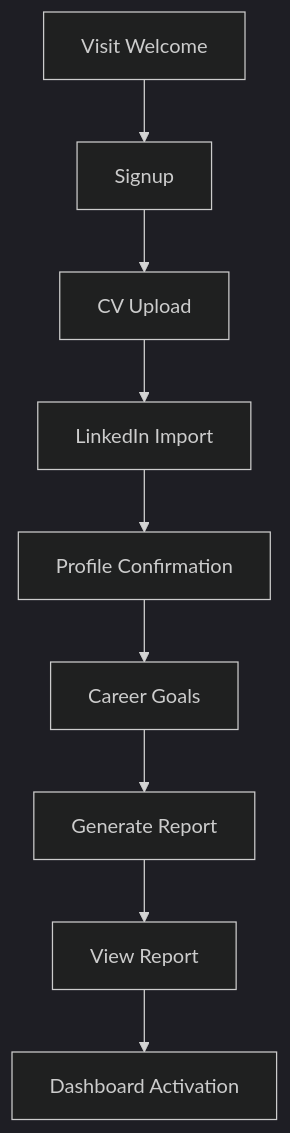
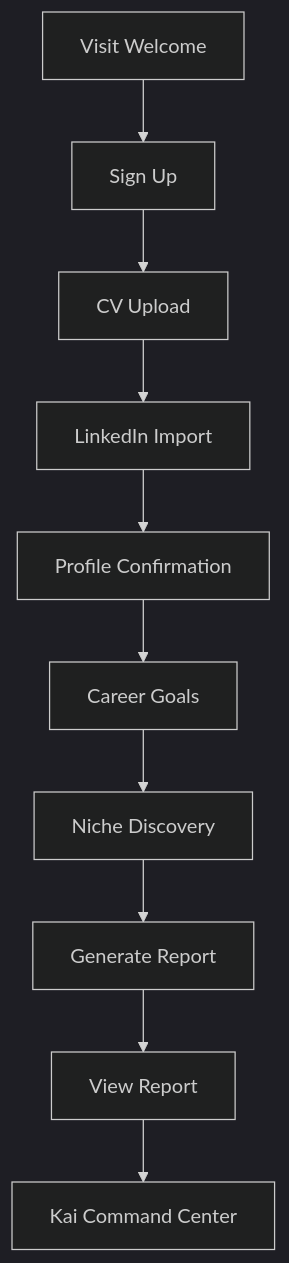
One commit to Mirzzie/Fadi changed the diagram in docs/ONBOARDING_FUNNEL.md. Above: the diagram before and after it, drawn with Mermaid (dark theme). The commit also changed other lines of this file and 65 other files, not shown here.

First line of the commit message:
docs: update architecture docs for Better Auth, Kai, and data sources

````diff
--- a/docs/ONBOARDING_FUNNEL.md
+++ b/docs/ONBOARDING_FUNNEL.md
@@ -9,11 +9,12 @@
 ```mermaid
 flowchart TD
-    Visit[Visit Welcome] --> Signup[Signup]
+    Visit[Visit Welcome] --> Signup[Sign Up]
     Signup --> CV[CV Upload]
     CV --> LinkedIn[LinkedIn Import]
     LinkedIn --> Profile[Profile Confirmation]
     Profile --> Goals[Career Goals]
-    Goals --> Analysis[Generate Report]
+    Goals --> Niche[Niche Discovery]
+    Niche --> Analysis[Generate Report]
     Analysis --> Report[View Report]
-    Report --> Dashboard[Dashboard Activation]
+    Report --> Dashboard[Kai Command Center]
 ```
````
